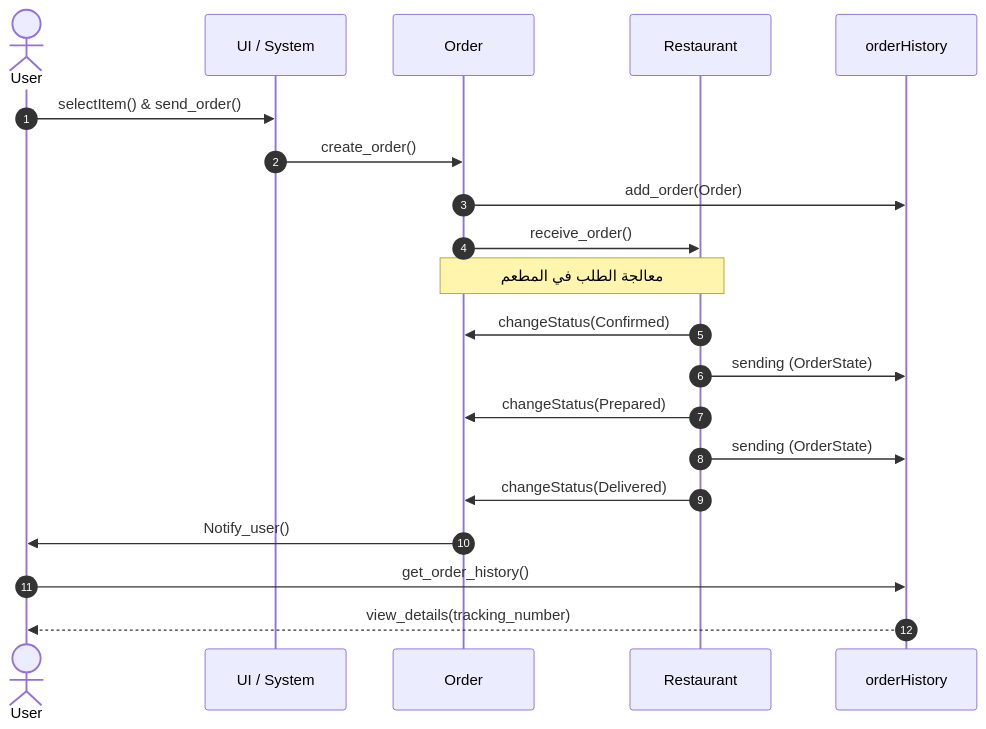
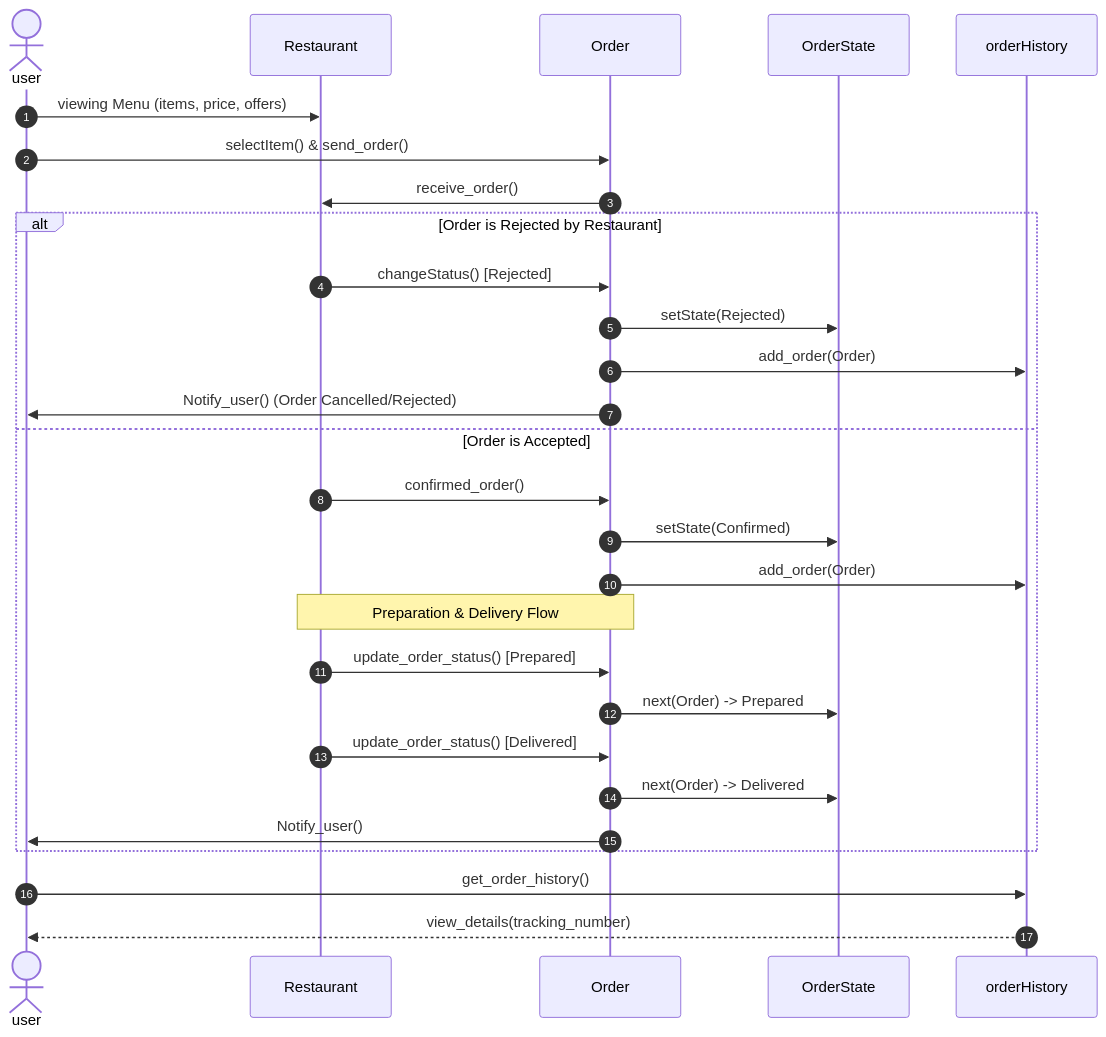
The diagram in tryingTOModule/seqdiagram.mmd (saraalialshahraniitpun/UMLs), drawn with Mermaid before and after one commit.

Commit message:
class diagram

```diff
--- a/tryingTOModule/seqdiagram.mmd
+++ b/tryingTOModule/seqdiagram.mmd
@@ -1,23 +1,34 @@
 sequenceDiagram
     autonumber
-    actor user as User
-    participant ui as UI / System
-    participant order as Order
-    participant rest as Restaurant
-    participant history as orderHistory
+    actor User as user
+    participant Rest as Restaurant
+    participant Ord as Order
+    participant State as OrderState
+    participant Hist as orderHistory
 
-    user->>ui: selectItem() & send_order()
-    ui->>order: create_order()
-    order->>history: add_order(Order)
-    order->>rest: receive_order()
+    User->>Rest: viewing Menu (items, price, offers)
+    User->>Ord: selectItem() & send_order()
+    Ord->>Rest: receive_order()
     
-    Note over rest,order: معالجة الطلب في المطعم
-    rest->>order: changeStatus(Confirmed)
-    rest->>history: sending (OrderState)
-    rest->>order: changeStatus(Prepared)
-    rest->>history: sending (OrderState)
-    
-    rest->>order: changeStatus(Delivered)
-    order->>user: Notify_user()
-    user->>history: get_order_history()
-    history-->>user: view_details(tracking_number)
+    alt Order is Rejected by Restaurant
+        Rest->>Ord: changeStatus() [Rejected]
+        Ord->>State: setState(Rejected)
+        Ord->>Hist: add_order(Order)
+        Ord->>User: Notify_user() (Order Cancelled/Rejected)
+    else Order is Accepted
+        Rest->>Ord: confirmed_order()
+        Ord->>State: setState(Confirmed)
+        Ord->>Hist: add_order(Order)
+        
+        Note over Rest, Ord: Preparation & Delivery Flow
+        Rest->>Ord: update_order_status() [Prepared]
+        Ord->>State: next(Order) -> Prepared
+        
+        Rest->>Ord: update_order_status() [Delivered]
+        Ord->>State: next(Order) -> Delivered
+        
+        Ord->>User: Notify_user()
+    end
+
+    User->>Hist: get_order_history()
+    Hist-->>User: view_details(tracking_number)
```
